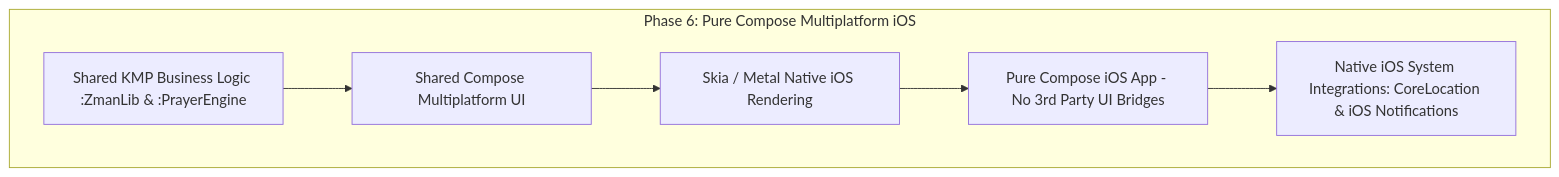
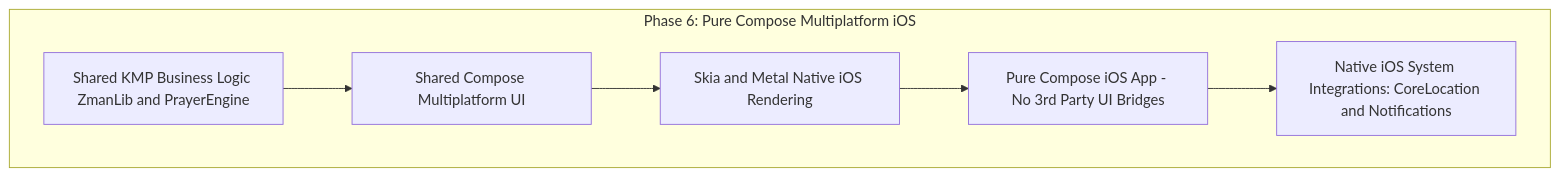
Before and after one commit to jgindin/zmanim: the seventh of 7 diagrams in docs/superpowers/specs/master-roadmap.md, drawn with Mermaid. The commit also changed other lines of this file and 1 other file, not shown here.

Commit message:
Fix mermaid syntax across master roadmap and implementation plan

````diff
--- a/docs/superpowers/specs/master-roadmap.md
+++ b/docs/superpowers/specs/master-roadmap.md
@@ -247,9 +247,9 @@
 ```mermaid
-graph TD
-    subgraph "Phase 6: Pure Compose Multiplatform iOS"
-        C1[Shared KMP Business Logic :ZmanLib & :PrayerEngine] --> C2[Shared Compose Multiplatform UI]
-        C2 --> C3[Skia / Metal Native iOS Rendering]
-        C3 --> C4[Pure Compose iOS App - No 3rd Party UI Bridges]
-        C4 --> C5[Native iOS System Integrations: CoreLocation & iOS Notifications]
+flowchart TD
+    subgraph iOS_Platform ["Phase 6: Pure Compose Multiplatform iOS"]
+        C1["Shared KMP Business Logic ZmanLib and PrayerEngine"] --> C2["Shared Compose Multiplatform UI"]
+        C2 --> C3["Skia and Metal Native iOS Rendering"]
+        C3 --> C4["Pure Compose iOS App - No 3rd Party UI Bridges"]
+        C4 --> C5["Native iOS System Integrations: CoreLocation and Notifications"]
     end
 ```
````
